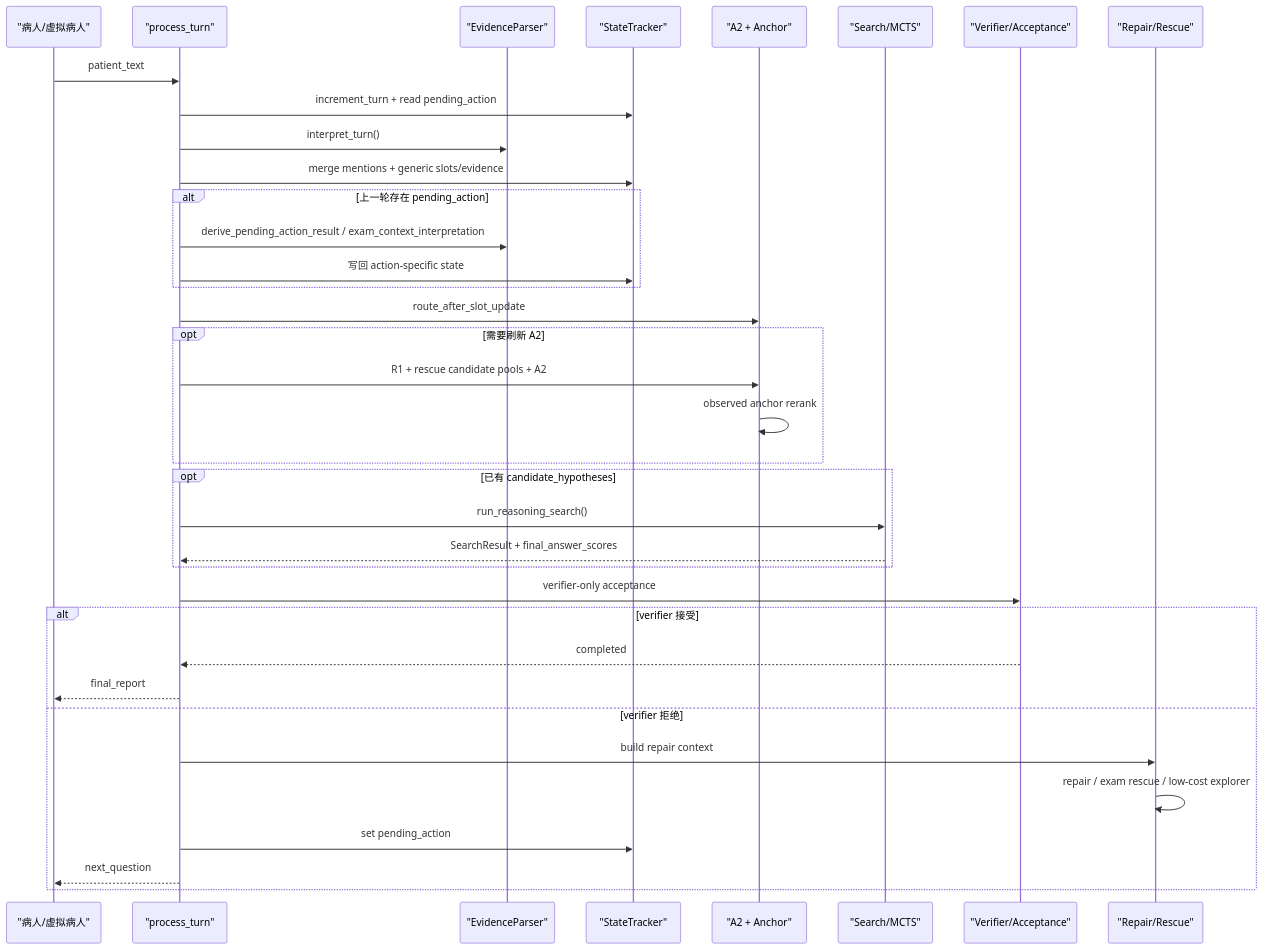
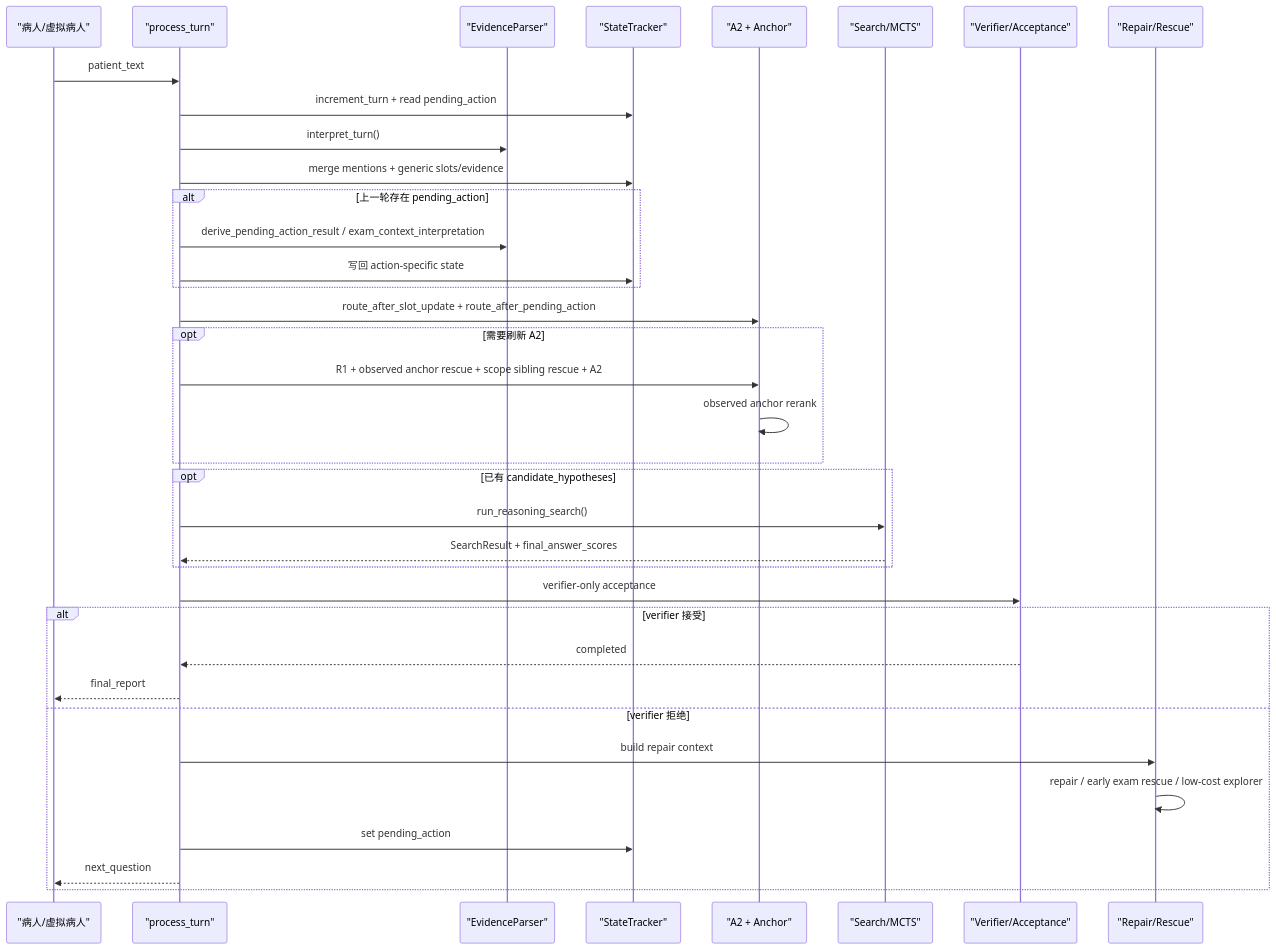
The diagram in docs/brain_runtime_call_chain_guide.md (maken-jhd/medical-inquiry-system), drawn with Mermaid before and after one commit. The commit also changed other lines of this file and 10 other files, not shown here.

````diff
--- a/docs/brain_runtime_call_chain_guide.md
+++ b/docs/brain_runtime_call_chain_guide.md
@@ -190,39 +221,39 @@
 ```mermaid
 sequenceDiagram
     participant U as "病人/虚拟病人"
     participant B as "process_turn"
     participant E as "EvidenceParser"
     participant S as "StateTracker"
     participant H as "A2 + Anchor"
     participant T as "Search/MCTS"
     participant V as "Verifier/Acceptance"
     participant R as "Repair/Rescue"
 
     U->>B: patient_text
     B->>S: increment_turn + read pending_action
     B->>E: interpret_turn()
     B->>S: merge mentions + generic slots/evidence
     alt 上一轮存在 pending_action
         B->>E: derive_pending_action_result / exam_context_interpretation
         B->>S: 写回 action-specific state
     end
-    B->>H: route_after_slot_update
+    B->>H: route_after_slot_update + route_after_pending_action
     opt 需要刷新 A2
-        B->>H: R1 + rescue candidate pools + A2
+        B->>H: R1 + observed anchor rescue + scope sibling rescue + A2
         H->>H: observed anchor rerank
     end
     opt 已有 candidate_hypotheses
         B->>T: run_reasoning_search()
         T-->>B: SearchResult + final_answer_scores
     end
     B->>V: verifier-only acceptance
     alt verifier 接受
         V-->>B: completed
         B-->>U: final_report
     else verifier 拒绝
         B->>R: build repair context
-        R->>R: repair / exam rescue / low-cost explorer
+        R->>R: repair / early exam rescue / low-cost explorer
         B->>S: set pending_action
         B-->>U: next_question
     end
 ```
````
